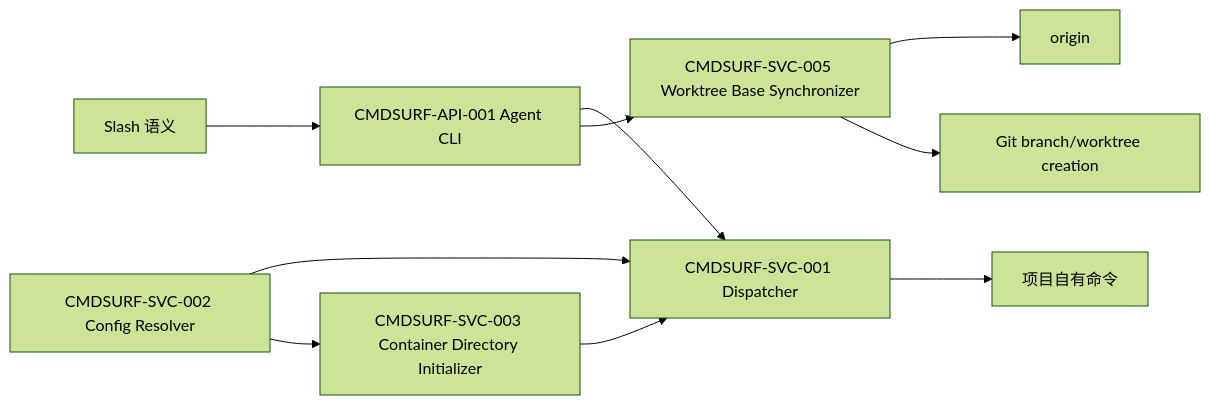
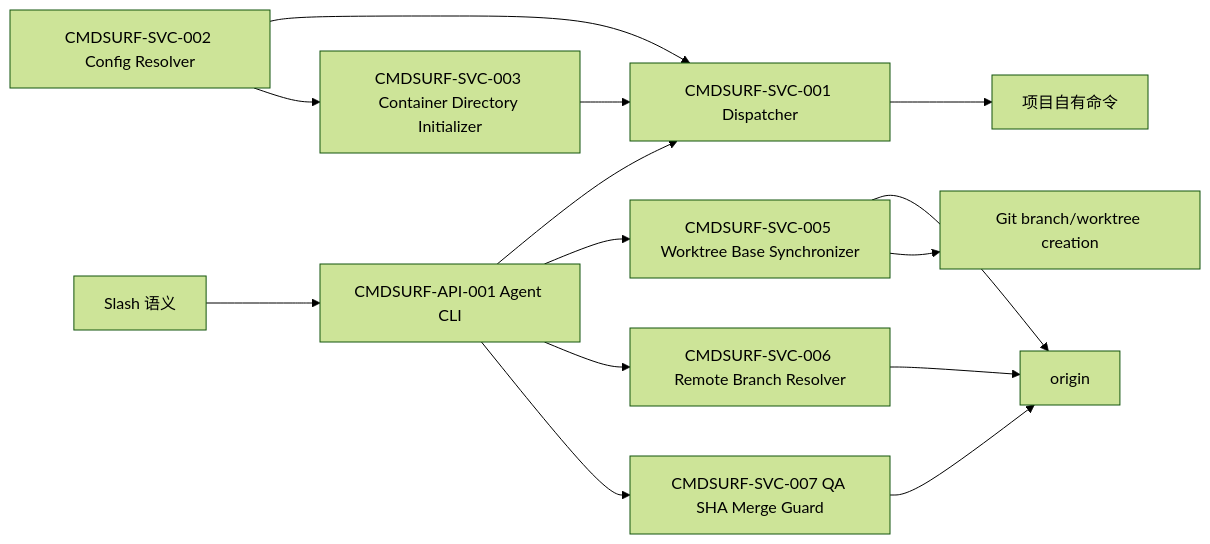
One commit to hollisyao2024/PromptsEngineering changed the diagram in docs/arch-modules/template-command-surface/ARCH.md. Above: the diagram before and after it, drawn with Mermaid (forest theme). The commit also changed other lines of this file and 38 other files, not shown here.

````diff
--- a/docs/arch-modules/template-command-surface/ARCH.md
+++ b/docs/arch-modules/template-command-surface/ARCH.md
@@ -22,12 +23,16 @@
 ```mermaid
 flowchart LR
   S[Slash 语义] --> CLI[CMDSURF-API-001 Agent CLI]
   CLI --> DISPATCH[CMDSURF-SVC-001 Dispatcher]
   CFG[CMDSURF-SVC-002 Config Resolver] --> DISPATCH
   DIR[CMDSURF-SVC-003 Container Directory Initializer] --> DISPATCH
   CFG --> DIR
   DISPATCH --> CMD[项目自有命令]
   CLI --> BASE[CMDSURF-SVC-005 Worktree Base Synchronizer]
   BASE --> ORIGIN[origin]
   BASE --> WT[Git branch/worktree creation]
+  CLI --> REMOTE[CMDSURF-SVC-006 Remote Branch Resolver]
+  REMOTE --> ORIGIN
+  CLI --> MERGE[CMDSURF-SVC-007 QA SHA Merge Guard]
+  MERGE --> ORIGIN
 ```
````
